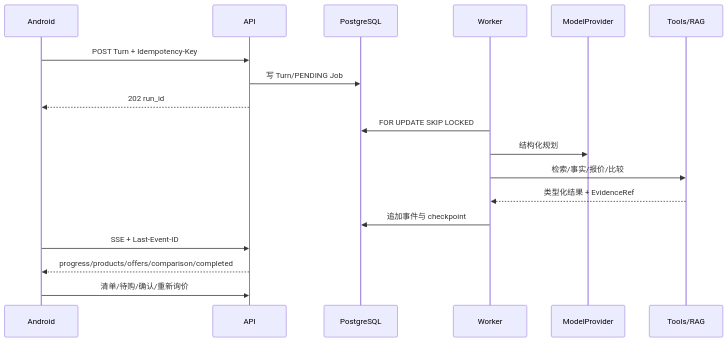
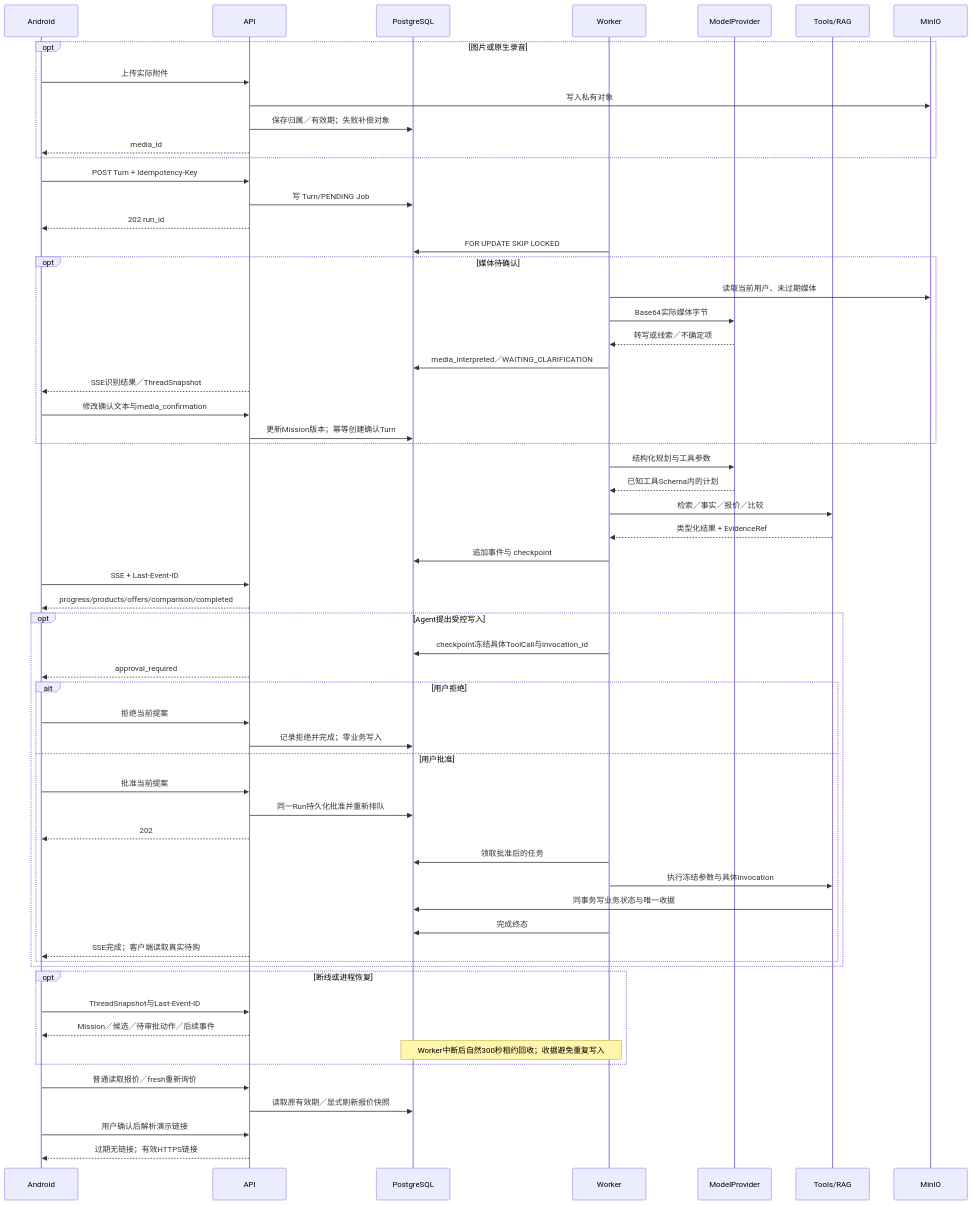
One commit to JunyeFu/Rag-ecommerce-agent changed the diagram in docs/architecture/V3-AGENT-SEQUENCE.md. Above: the diagram before and after it, drawn with Mermaid. The commit also changed other lines of this file and 538 other files, not shown here.

````diff
--- a/docs/architecture/V3-AGENT-SEQUENCE.md
+++ b/docs/architecture/V3-AGENT-SEQUENCE.md
@@ -3,20 +5,62 @@
 ```mermaid
 sequenceDiagram
   participant A as Android
   participant API as API
   participant DB as PostgreSQL
   participant W as Worker
   participant M as ModelProvider
   participant T as Tools/RAG
+  participant S as MinIO
+  opt 图片或原生录音
+    A->>API: 上传实际附件
+    API->>S: 写入私有对象
+    API->>DB: 保存归属／有效期；失败补偿对象
+    API-->>A: media_id
+  end
   A->>API: POST Turn + Idempotency-Key
   API->>DB: 写 Turn/PENDING Job
   API-->>A: 202 run_id
   W->>DB: FOR UPDATE SKIP LOCKED
-  W->>M: 结构化规划
-  W->>T: 检索/事实/报价/比较
+  opt 媒体待确认
+    W->>S: 读取当前用户、未过期媒体
+    W->>M: Base64实际媒体字节
+    M-->>W: 转写或线索／不确定项
+    W->>DB: media_interpreted／WAITING_CLARIFICATION
+    API-->>A: SSE识别结果／ThreadSnapshot
+    A->>API: 修改确认文本与media_confirmation
+    API->>DB: 更新Mission版本；幂等创建确认Turn
+  end
+  W->>M: 结构化规划与工具参数
+  M-->>W: 已知工具Schema内的计划
+  W->>T: 检索／事实／报价／比较
   T-->>W: 类型化结果 + EvidenceRef
   W->>DB: 追加事件与 checkpoint
   A->>API: SSE + Last-Event-ID
   API-->>A: progress/products/offers/comparison/completed
-  A->>API: 清单/待购/确认/重新询价
+  opt Agent提出受控写入
+    W->>DB: checkpoint冻结具体ToolCall与invocation_id
+    API-->>A: approval_required
+    alt 用户拒绝
+      A->>API: 拒绝当前提案
+      API->>DB: 记录拒绝并完成；零业务写入
+    else 用户批准
+      A->>API: 批准当前提案
+      API->>DB: 同一Run持久化批准并重新排队
+      API-->>A: 202
+      W->>DB: 领取批准后的任务
+      W->>T: 执行冻结参数与具体invocation
+      T->>DB: 同事务写业务状态与唯一收据
+      W->>DB: 完成终态
+      API-->>A: SSE完成；客户端读取真实待购
+    end
+  end
+  opt 断线或进程恢复
+    A->>API: ThreadSnapshot与Last-Event-ID
+    API-->>A: Mission／候选／待审批动作／后续事件
+    Note over W,DB: Worker中断后自然300秒租约回收；收据避免重复写入
+  end
+  A->>API: 普通读取报价／fresh重新询价
+  API->>DB: 读取原有效期／显式刷新报价快照
+  A->>API: 用户确认后解析演示链接
+  API-->>A: 过期无链接；有效HTTPS链接
 ```
````
